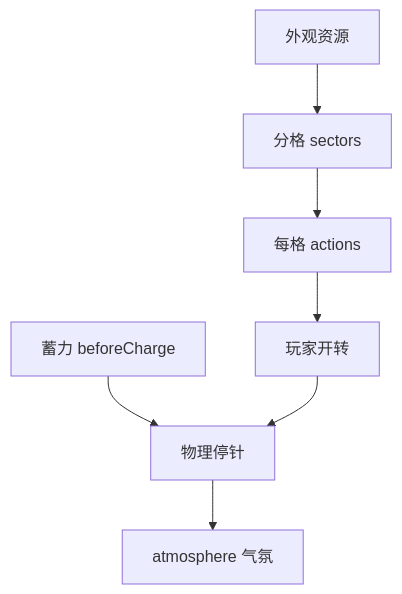
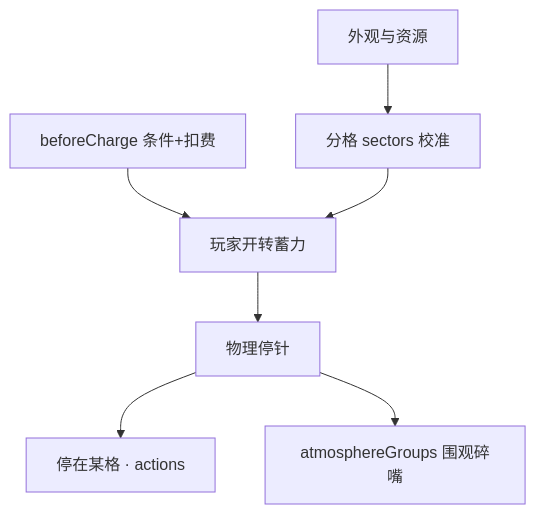
Before and after one commit to wubugui/GDoc: the diagram in docs/editors/panels/sugar-wheel.md, drawn with Mermaid. The commit also changed other lines of this file and 112 other files, not shown here.

````diff
--- a/docs/editors/panels/sugar-wheel.md
+++ b/docs/editors/panels/sugar-wheel.md
@@ -42,9 +38,9 @@
 ```mermaid
 flowchart TD
-  A[外观资源] --> B[分格 sectors]
-  B --> C[每格 actions]
-  D[蓄力 beforeCharge] --> E[物理停针]
-  E --> F[atmosphere 气氛]
-  C --> G[玩家开转]
-  G --> E
+  A[外观与资源] --> B[分格 sectors 校准]
+  D[beforeCharge 条件+扣费] --> G[玩家开转蓄力]
+  B --> G
+  G --> E[物理停针]
+  E --> C[停在某格 · actions]
+  E --> H[atmosphereGroups 围观碎嘴]
 ```
````
